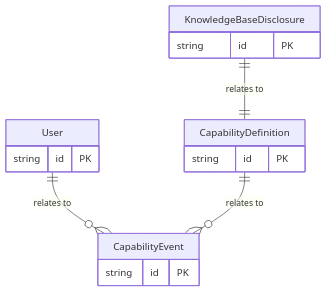
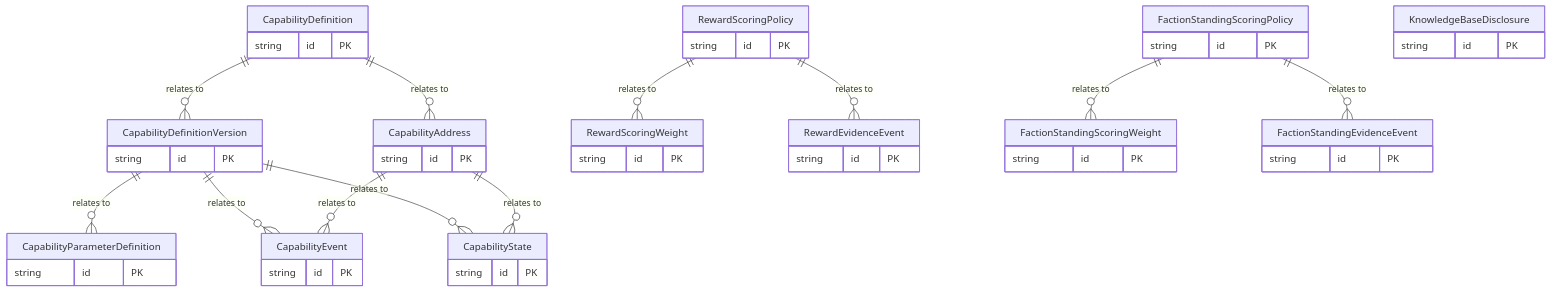
One commit to bkalaf/echoes-of-eidolon changed the diagram in docs/architecture/mermaid/entity/e20-capabilities.mmd. Above: the diagram before and after it, drawn with Mermaid. The commit also changed 43 other files, not shown here.

```diff
--- a/docs/architecture/mermaid/entity/e20-capabilities.mmd
+++ b/docs/architecture/mermaid/entity/e20-capabilities.mmd
@@ -1,17 +1,52 @@
 %% Capabilities
 erDiagram
-  User {
+  CapabilityDefinition {
     string id PK
   }
-  CapabilityDefinition {
+  CapabilityDefinitionVersion {
+    string id PK
+  }
+  CapabilityParameterDefinition {
+    string id PK
+  }
+  CapabilityAddress {
     string id PK
   }
   CapabilityEvent {
     string id PK
   }
+  CapabilityState {
+    string id PK
+  }
+  RewardScoringPolicy {
+    string id PK
+  }
+  RewardScoringWeight {
+    string id PK
+  }
+  RewardEvidenceEvent {
+    string id PK
+  }
+  FactionStandingScoringPolicy {
+    string id PK
+  }
+  FactionStandingScoringWeight {
+    string id PK
+  }
+  FactionStandingEvidenceEvent {
+    string id PK
+  }
   KnowledgeBaseDisclosure {
     string id PK
   }
-  User ||--o{ CapabilityEvent : "relates to"
-  KnowledgeBaseDisclosure ||--|| CapabilityDefinition : "relates to"
-  CapabilityDefinition ||--o{ CapabilityEvent : "relates to"
+  CapabilityDefinition ||--o{ CapabilityDefinitionVersion : "relates to"
+  CapabilityDefinition ||--o{ CapabilityAddress : "relates to"
+  CapabilityDefinitionVersion ||--o{ CapabilityParameterDefinition : "relates to"
+  CapabilityDefinitionVersion ||--o{ CapabilityEvent : "relates to"
+  CapabilityDefinitionVersion ||--o{ CapabilityState : "relates to"
+  CapabilityAddress ||--o{ CapabilityEvent : "relates to"
+  CapabilityAddress ||--o{ CapabilityState : "relates to"
+  RewardScoringPolicy ||--o{ RewardScoringWeight : "relates to"
+  RewardScoringPolicy ||--o{ RewardEvidenceEvent : "relates to"
+  FactionStandingScoringPolicy ||--o{ FactionStandingScoringWeight : "relates to"
+  FactionStandingScoringPolicy ||--o{ FactionStandingEvidenceEvent : "relates to"
```
